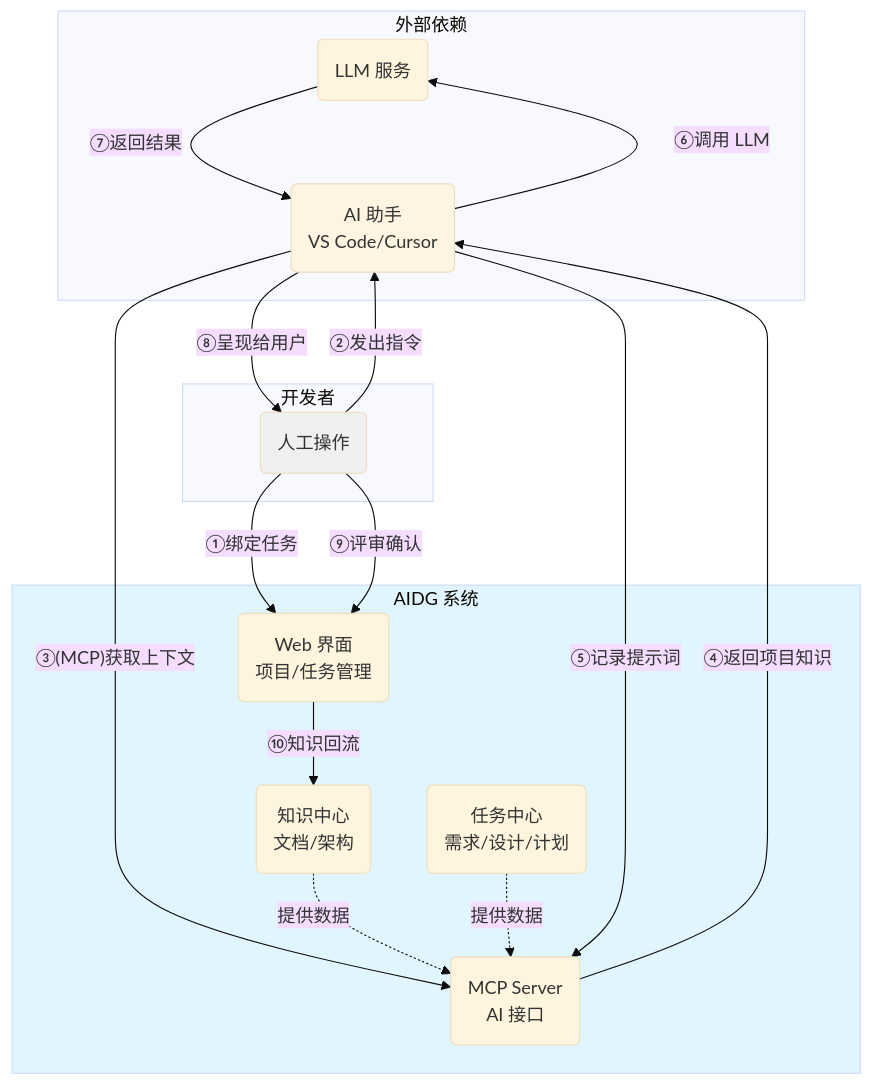
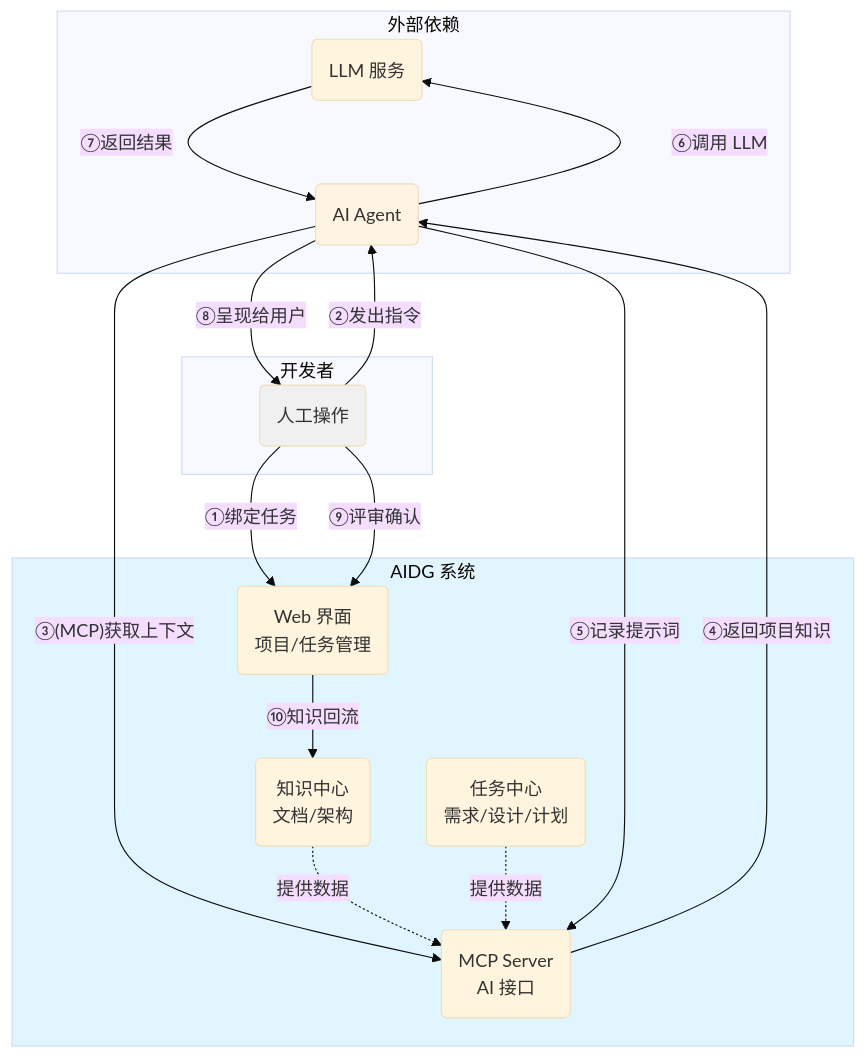
Before and after one commit to houzhh15/AIDG: the diagram in README.md, drawn with Mermaid (base theme). The commit also changed other lines of this file, not shown here.

````diff
--- a/README.md
+++ b/README.md
@@ -88,36 +22,36 @@
 ```mermaid
 graph TD
     subgraph E["外部依赖"]
         E1("LLM 服务");
-        E2("AI 助手<br/>VS Code/Cursor");
+        E2("AI Agent");
     end
 
     subgraph D["开发者"]
         D1("人工操作");
     end
 
     subgraph B["AIDG 系统"]
         B_Web("Web 界面<br/>项目/任务管理");
         B_MCP("MCP Server<br/>AI 接口");
         B1("知识中心<br/>文档/架构");
         B2("任务中心<br/>需求/设计/计划");
     end
 
     %% 核心工作流
     D1 -- "①绑定任务" --> B_Web;
     D1 -- "②发出指令" --> E2;
     E2 -- "③(MCP)获取上下文" --> B_MCP;
     B_MCP -- "④返回项目知识" --> E2;
     B1 -."提供数据".-> B_MCP;
     B2 -."提供数据".-> B_MCP;
     E2 -- "⑤记录提示词" --> B_MCP;
     E2 -- "⑥调用 LLM" --> E1;
     E1 -- "⑦返回结果" --> E2;
     E2 -- "⑧呈现给用户" --> D1;
     D1 -- "⑨评审确认" --> B_Web;
     B_Web -- "⑩知识回流" --> B1;
 
     style B fill:#e1f5ff
     style E2 fill:#fff4e1
     style D1 fill:#f0f0f0
 ```
````
